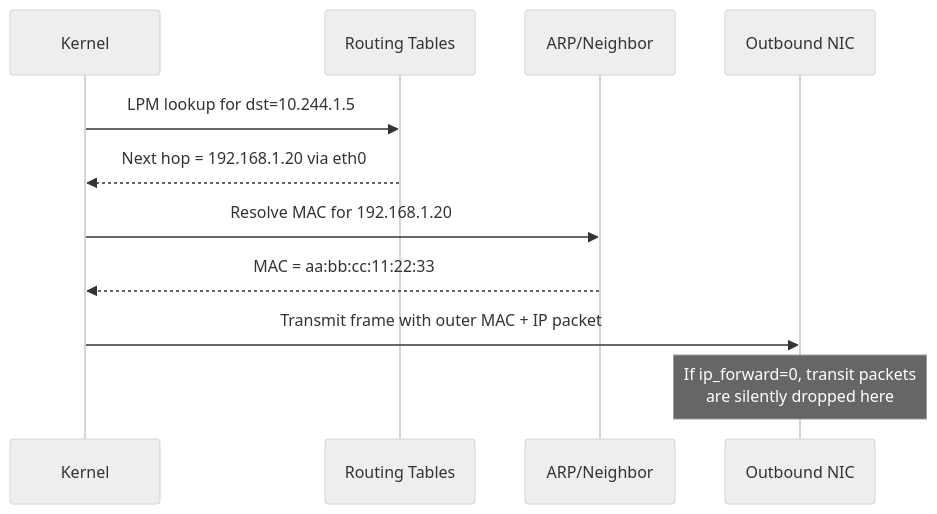
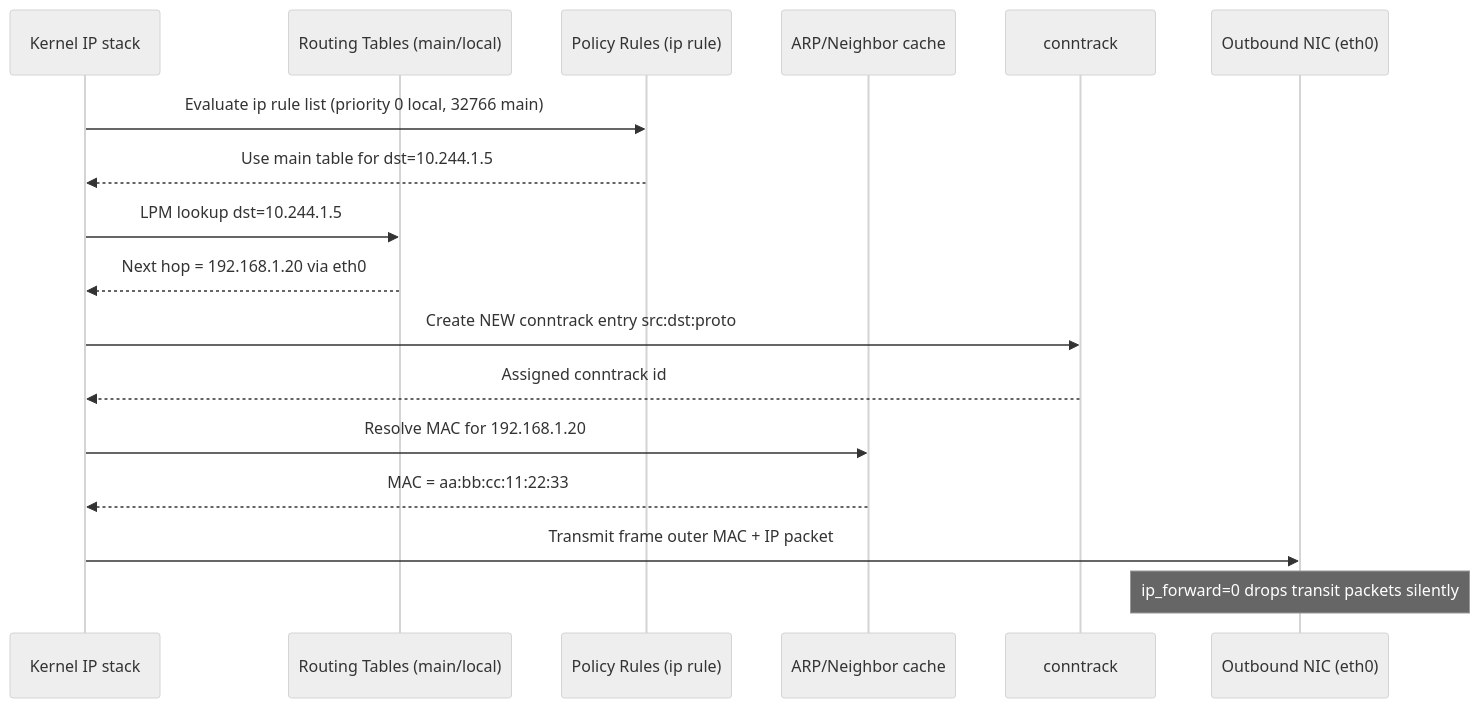
One commit to MykolaLebid/Kubernetes_networking_engineering changed the second of 2 diagrams in lessons/02-ip-routing-and-forwarding.md. Above: the diagram before and after it, drawn with Mermaid (neutral theme). The commit also changed other lines of this file and 35 other files, not shown here.

First line of the commit message:
Restructure all 34 lessons: Theory/Practice split, richer diagrams, industry examples, navigation

````diff
--- a/lessons/02-ip-routing-and-forwarding.md
+++ b/lessons/02-ip-routing-and-forwarding.md
@@ -49,14 +45,20 @@
 ```mermaid
 sequenceDiagram
-    participant K as Kernel
-    participant RT as Routing Tables
-    participant ARP as ARP/Neighbor
-    participant NIC as Outbound NIC
+    participant K as Kernel IP stack
+    participant RT as Routing Tables (main/local)
+    participant POL as Policy Rules (ip rule)
+    participant ARP as ARP/Neighbor cache
+    participant CT as conntrack
+    participant NIC as Outbound NIC (eth0)
 
-    K->>RT: LPM lookup for dst=10.244.1.5
+    K->>POL: Evaluate ip rule list (priority 0 local, 32766 main)
+    POL-->>K: Use main table for dst=10.244.1.5
+    K->>RT: LPM lookup dst=10.244.1.5
     RT-->>K: Next hop = 192.168.1.20 via eth0
+    K->>CT: Create NEW conntrack entry src:dst:proto
+    CT-->>K: Assigned conntrack id
     K->>ARP: Resolve MAC for 192.168.1.20
     ARP-->>K: MAC = aa:bb:cc:11:22:33
-    K->>NIC: Transmit frame with outer MAC + IP packet
-    Note over NIC: If ip_forward=0, transit packets<br/>are silently dropped here
+    K->>NIC: Transmit frame outer MAC + IP packet
+    Note over NIC: ip_forward=0 drops transit packets silently
 ```
````
